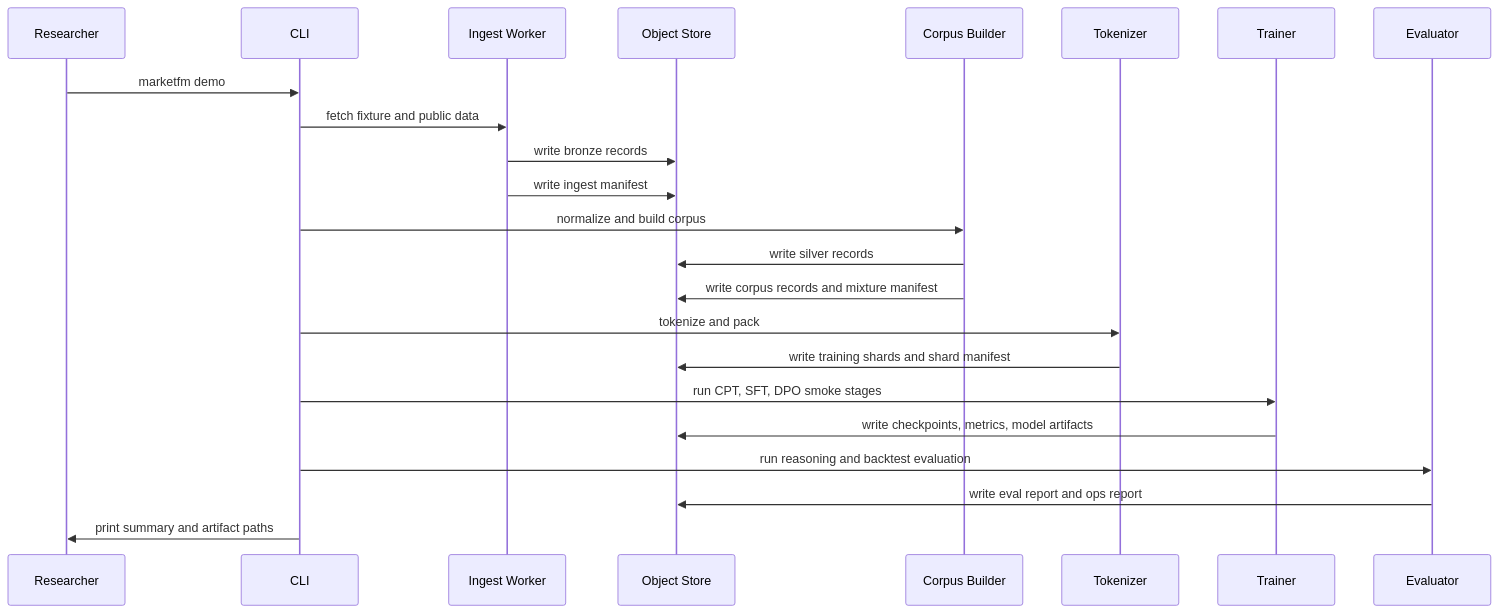
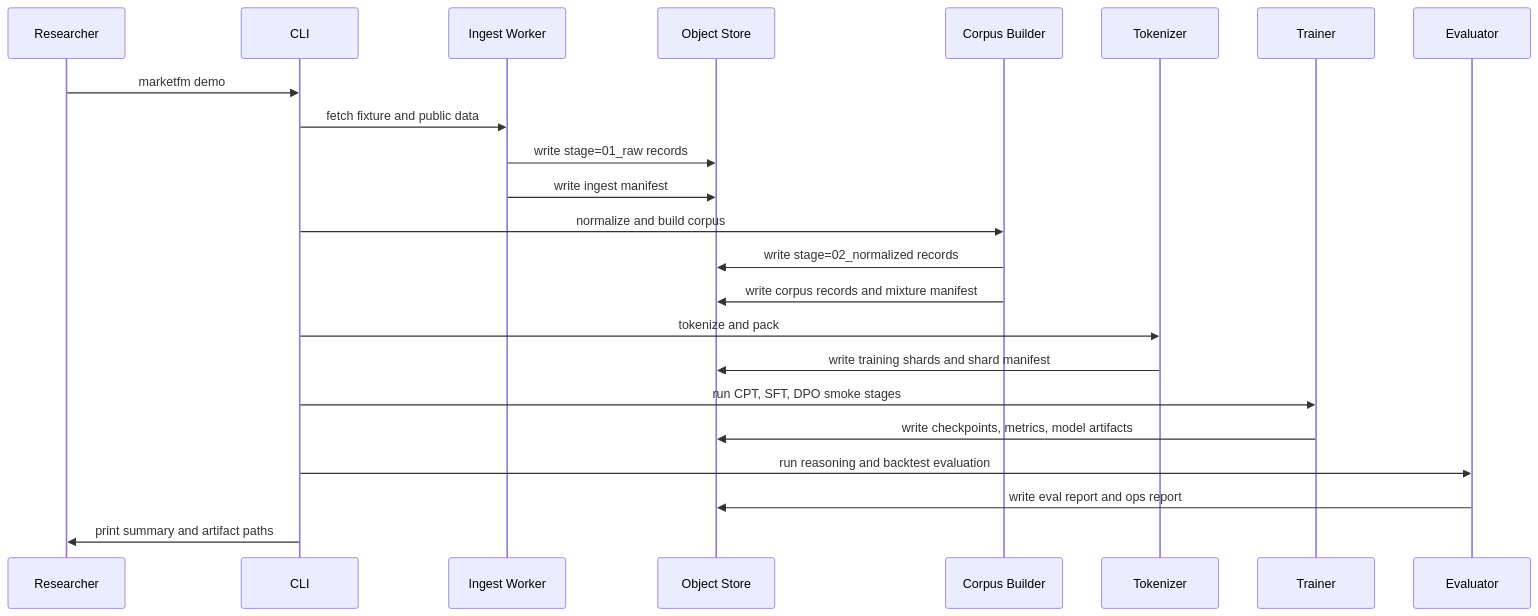
One commit to duoan/mega-trading changed the third of 4 diagrams in docs/high-level-design.md. Above: the diagram before and after it, drawn with Mermaid. The commit also changed other lines of this file and 32 other files, not shown here.

````diff
--- a/docs/high-level-design.md
+++ b/docs/high-level-design.md
@@ -411,26 +411,26 @@
 ```mermaid
 sequenceDiagram
     participant User as Researcher
     participant CLI as CLI
     participant Ingest as Ingest Worker
     participant Store as Object Store
     participant Corpus as Corpus Builder
     participant Tok as Tokenizer
     participant Train as Trainer
     participant Eval as Evaluator
 
     User->>CLI: marketfm demo
     CLI->>Ingest: fetch fixture and public data
-    Ingest->>Store: write bronze records
+    Ingest->>Store: write stage=01_raw records
     Ingest->>Store: write ingest manifest
     CLI->>Corpus: normalize and build corpus
-    Corpus->>Store: write silver records
+    Corpus->>Store: write stage=02_normalized records
     Corpus->>Store: write corpus records and mixture manifest
     CLI->>Tok: tokenize and pack
     Tok->>Store: write training shards and shard manifest
     CLI->>Train: run CPT, SFT, DPO smoke stages
     Train->>Store: write checkpoints, metrics, model artifacts
     CLI->>Eval: run reasoning and backtest evaluation
     Eval->>Store: write eval report and ops report
     CLI->>User: print summary and artifact paths
 ```
````
